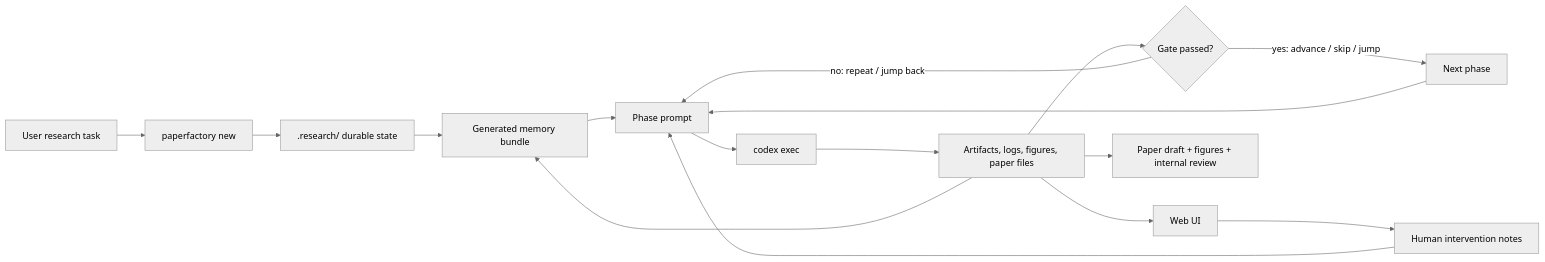
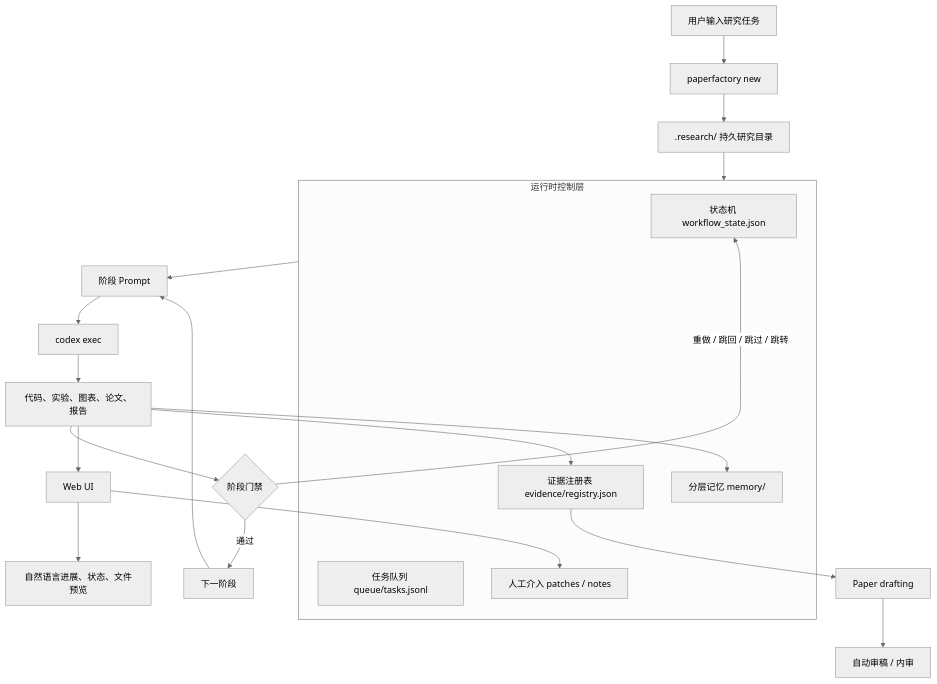
One commit to happystander/codex-PaperFactory changed the first of 2 diagrams in README.md. Above: the diagram before and after it, drawn with Mermaid (neutral theme). The commit also changed other lines of this file, not shown here.

````diff
--- a/README.md
+++ b/README.md
@@ -15,18 +15,32 @@
 ```mermaid
-flowchart LR
-    U["User research task"] --> PF["paperfactory new"]
-    PF --> R[".research/ durable state"]
-    R --> M["Generated memory bundle"]
-    M --> P["Phase prompt"]
+flowchart TB
+    U["用户输入研究任务"] --> NEW["paperfactory new"]
+    NEW --> R[".research/ 持久研究目录"]
+
+    subgraph Runtime["运行时控制层"]
+        S["状态机 workflow_state.json"]
+        Q["任务队列 queue/tasks.jsonl"]
+        E["证据注册表 evidence/registry.json"]
+        M["分层记忆 memory/"]
+        I["人工介入 patches / notes"]
+    end
+
+    R --> Runtime
+    Runtime --> P["阶段 Prompt"]
     P --> C["codex exec"]
-    C --> A["Artifacts, logs, figures, paper files"]
+    C --> A["代码、实验、图表、论文、报告"]
+    A --> E
     A --> M
-    A --> G{"Gate passed?"}
-    G -- "no: repeat / jump back" --> P
-    G -- "yes: advance / skip / jump" --> N["Next phase"]
+    A --> G{"阶段门禁"}
+
+    G -- "重做 / 跳回 / 跳过 / 跳转" --> S
+    G -- "通过" --> N["下一阶段"]
     N --> P
+
     A --> UI["Web UI"]
-    UI --> H["Human intervention notes"]
-    H --> P
-    A --> D["Paper draft + figures + internal review"]
+    UI --> I
+    UI --> V["自然语言进展、状态、文件预览"]
+
+    E --> W["Paper drafting"]
+    W --> REV["自动审稿 / 内审"]
 ```
````
